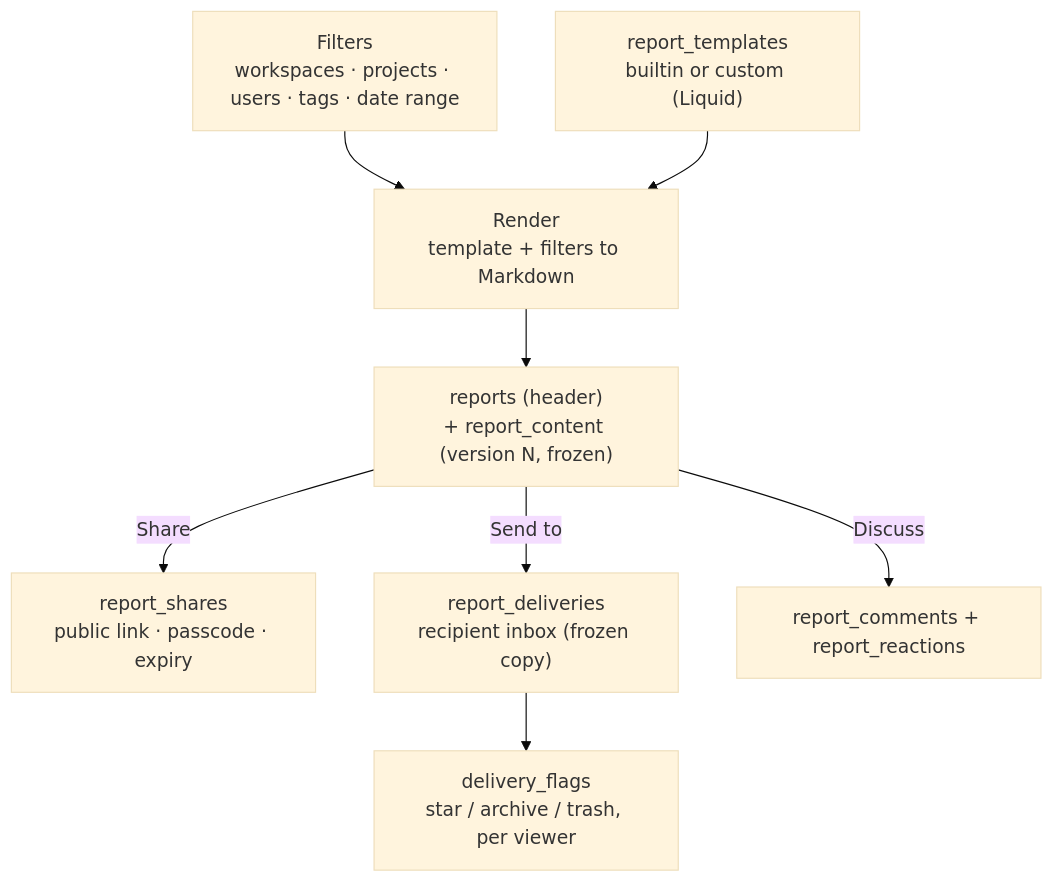
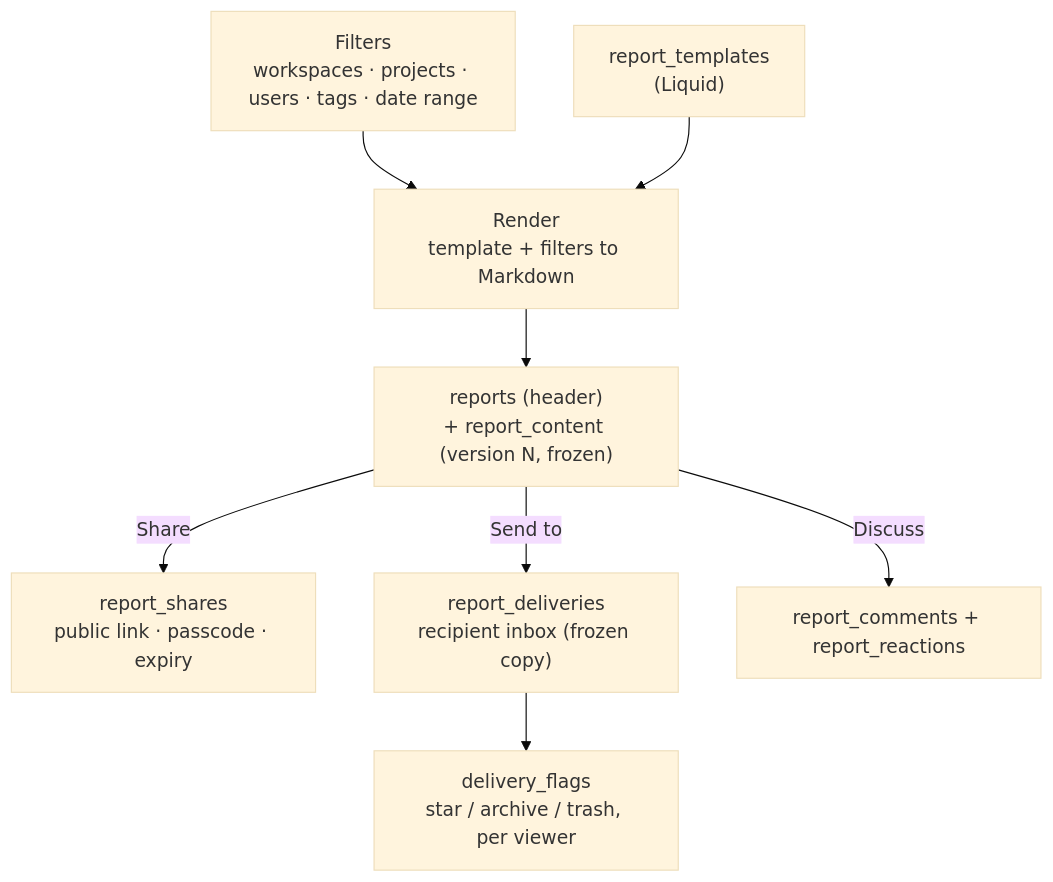
The ninth of 9 diagrams in docs/data-model.md (spantail/spantail), drawn with Mermaid (base theme) before and after one commit. The commit also changed other lines of this file and 62 other files, not shown here.

First line of the commit message:
refactor(report-templates): replace builtins with a seeded .liquid catalog (#87)

````diff
--- a/docs/data-model.md
+++ b/docs/data-model.md
@@ -251,10 +251,10 @@
 ```mermaid
 flowchart TB
     FILT["Filters<br/>workspaces · projects · users · tags · date range"] --> RUN["Render<br/>template + filters to Markdown"]
-    TPL["report_templates<br/>builtin or custom (Liquid)"] --> RUN
+    TPL["report_templates<br/>(Liquid)"] --> RUN
     RUN --> REP["reports (header)<br/>+ report_content (version N, frozen)"]
     REP -->|"Share"| SH["report_shares<br/>public link · passcode · expiry"]
     REP -->|"Send to"| DEL["report_deliveries<br/>recipient inbox (frozen copy)"]
     REP -->|"Discuss"| DIS["report_comments + report_reactions"]
     DEL --> FLAG["delivery_flags<br/>star / archive / trash, per viewer"]
 ```
````
